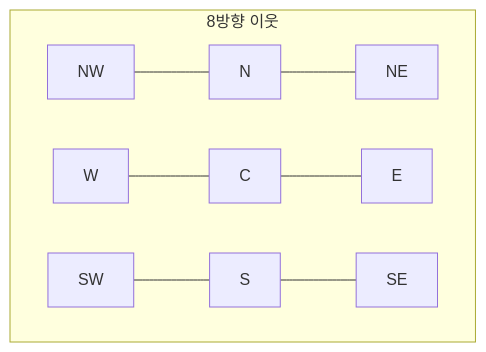
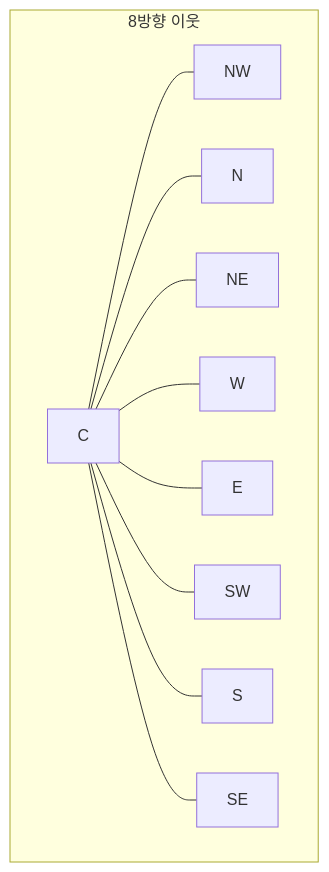
One commit to Rein-ArXiv/game-dev-curriculum changed the second of 4 diagrams in ai/part06_pathfinding_basics.md. Above: the diagram before and after it, drawn with Mermaid. The commit also changed other lines of this file and 279 other files, not shown here.

````diff
--- a/ai/part06_pathfinding_basics.md
+++ b/ai/part06_pathfinding_basics.md
@@ -61,8 +61,13 @@
 ```mermaid
 flowchart TB
     subgraph 8방향 이웃
-    NW --- N --- NE
-    W --- C --- E
-    SW --- S --- SE
+    C --- NW
+    C --- N
+    C --- NE
+    C --- W
+    C --- E
+    C --- SW
+    C --- S
+    C --- SE
     end
 ```
````
